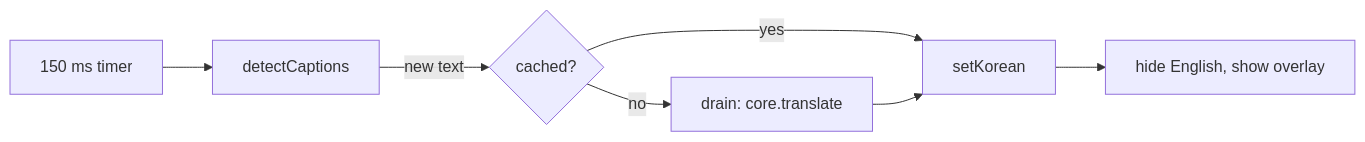
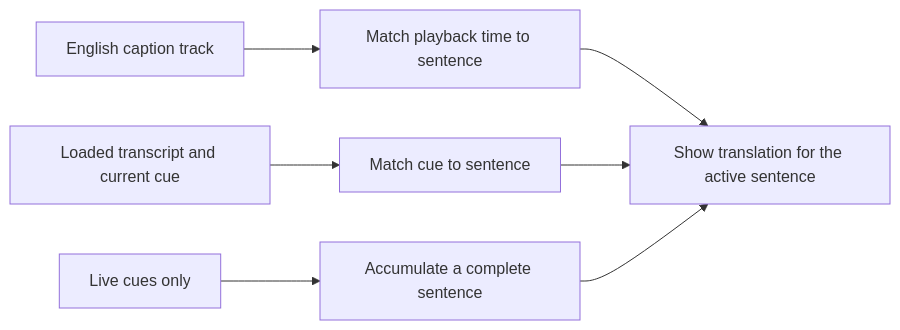
One commit to JaceDashS/udemy-korean-translator changed the diagram in docs/design/caption/10-live-caption.md. Above: the diagram before and after it, drawn with Mermaid. The commit also changed other lines of this file and 8 other files, not shown here.

First line of the commit message:
[feat] Translate complete caption sentences across languages

````diff
--- a/docs/design/caption/10-live-caption.md
+++ b/docs/design/caption/10-live-caption.md
@@ -17,8 +14,9 @@
 ```mermaid
 flowchart LR
-    A[150 ms timer] --> B[detectCaptions]
-    B -- new text --> C{cached?}
-    C -- yes --> E[setKorean]
-    C -- no --> D[drain: core.translate] --> E
-    E --> F[hide English, show overlay]
+    A[English caption track] --> B[Match playback time to sentence]
+    C[Loaded transcript and current cue] --> D[Match cue to sentence]
+    B --> E[Show translation for the active sentence]
+    D --> E
+    F[Live cues only] --> G[Accumulate a complete sentence]
+    G --> E
 ```
````
